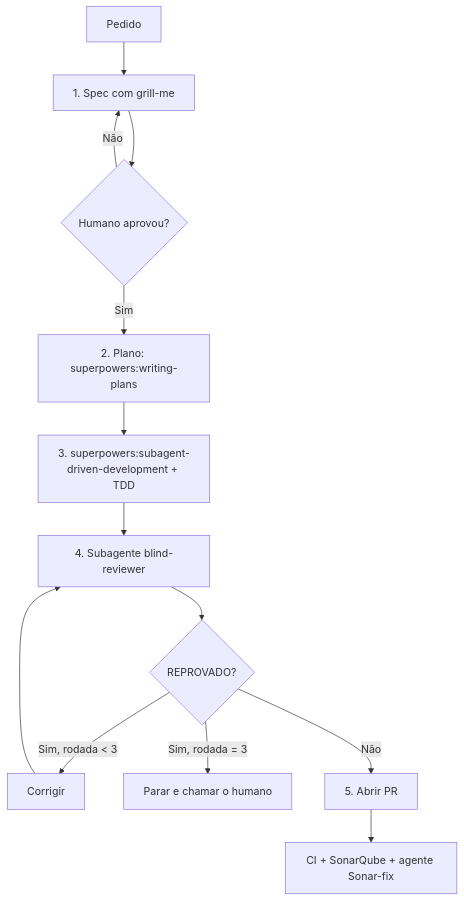
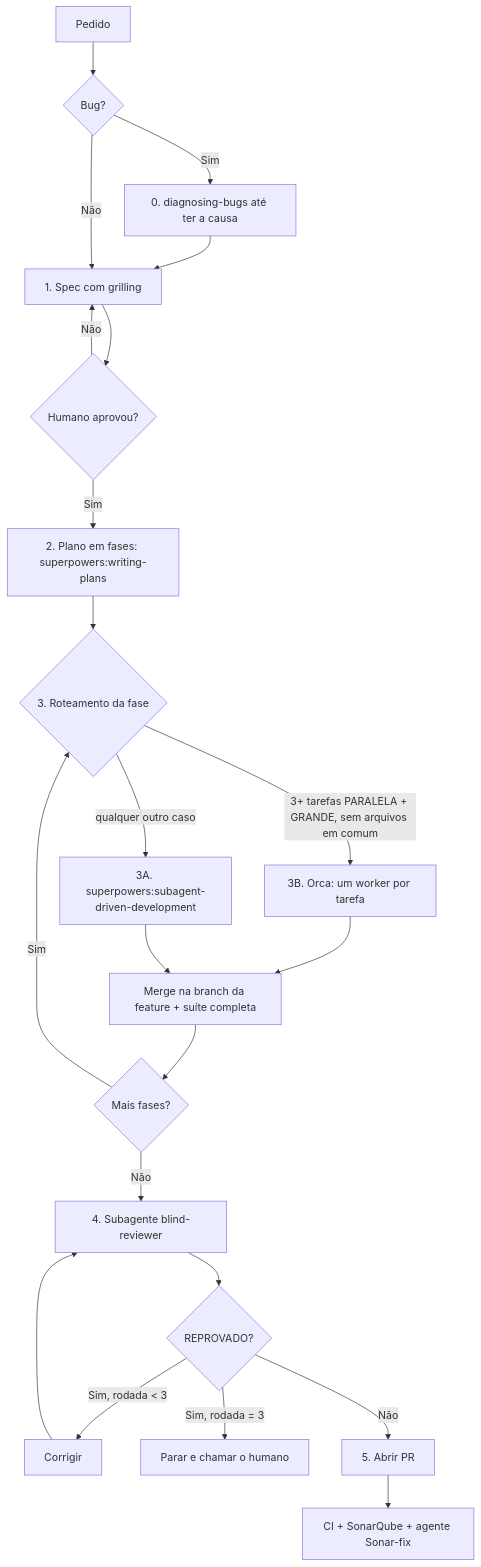
The diagram in .claude/skills/spec-flow/SKILL.md (ArlindoSPJr/ProjetoIA-Gestao-Wpp), drawn with Mermaid before and after one commit. The commit also changed other lines of this file and 1 other file, not shown here.

First line of the commit message:
docs(spec-flow): roteamento superpowers/Orca por fase e skills que existem

````diff
--- a/.claude/skills/spec-flow/SKILL.md
+++ b/.claude/skills/spec-flow/SKILL.md
@@ -10,14 +10,22 @@
 ```mermaid
 flowchart TD
-    A[Pedido] --> B[1. Spec com grill-me]
+    A[Pedido] --> Z{Bug?}
+    Z -- Sim --> Y[0. diagnosing-bugs até ter a causa] --> B
+    Z -- Não --> B[1. Spec com grilling]
     B --> C{Humano aprovou?}
     C -- Não --> B
-    C -- Sim --> D[2. Plano: superpowers:writing-plans]
-    D --> E[3. superpowers:subagent-driven-development + TDD]
-    E --> F[4. Subagente blind-reviewer]
+    C -- Sim --> D[2. Plano em fases: superpowers:writing-plans]
+    D --> R{3. Roteamento da fase}
+    R -- "3+ tarefas PARALELA + GRANDE, sem arquivos em comum" --> O[3B. Orca: um worker por tarefa]
+    R -- "qualquer outro caso" --> S[3A. superpowers:subagent-driven-development]
+    O --> M[Merge na branch da feature + suíte completa]
+    S --> M
+    M --> P{Mais fases?}
+    P -- Sim --> R
+    P -- Não --> F[4. Subagente blind-reviewer]
     F --> G{REPROVADO?}
     G -- Sim, rodada < 3 --> H[Corrigir] --> F
     G -- Sim, rodada = 3 --> X[Parar e chamar o humano]
     G -- Não --> I[5. Abrir PR]
     I --> J[CI + SonarQube + agente Sonar-fix]
 ```
````
